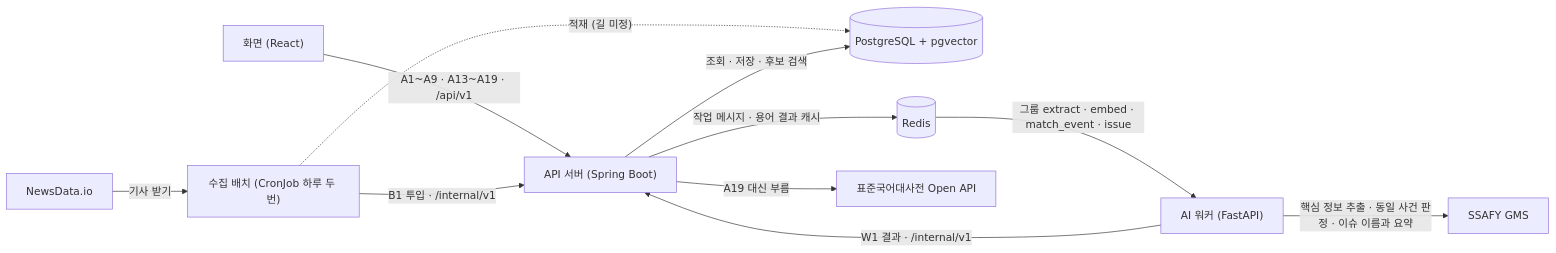
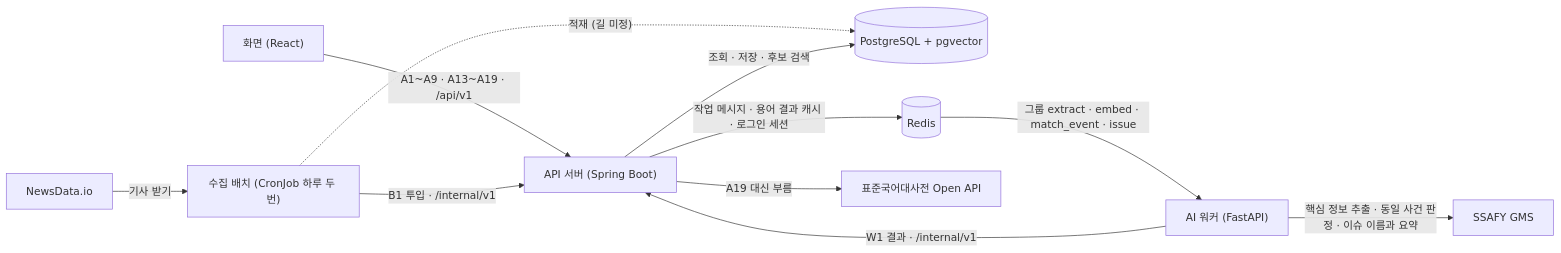
Before and after one commit to a102-NEWLEARN/NEW-LEARN: the first of 5 diagrams in docs/api.md, drawn with Mermaid. The commit also changed other lines of this file and 4 other files, not shown here.

````diff
--- a/docs/api.md
+++ b/docs/api.md
@@ -21,13 +21,13 @@
 ```mermaid
 flowchart LR
   FE["화면 (React)"] -- "A1~A9 · A13~A19 · /api/v1" --> API["API 서버 (Spring Boot)"]
   N["NewsData.io"] -- "기사 받기" --> B["수집 배치 (CronJob 하루 두 번)"]
   B -- "B1 투입 · /internal/v1" --> API
   B -. "적재 (길 미정)" .-> DB[("PostgreSQL + pgvector")]
   API -- "조회 · 저장 · 후보 검색" --> DB
-  API -- "작업 메시지 · 용어 결과 캐시" --> R[("Redis")]
+  API -- "작업 메시지 · 용어 결과 캐시 · 로그인 세션" --> R[("Redis")]
   R -- "그룹 extract · embed · match_event · issue" --> W["AI 워커 (FastAPI)"]
   W -- "W1 결과 · /internal/v1" --> API
   W -- "핵심 정보 추출 · 동일 사건 판정 · 이슈 이름과 요약" --> G["SSAFY GMS"]
   API -- "A19 대신 부름" --> D["표준국어대사전 Open API"]
 ```
````
